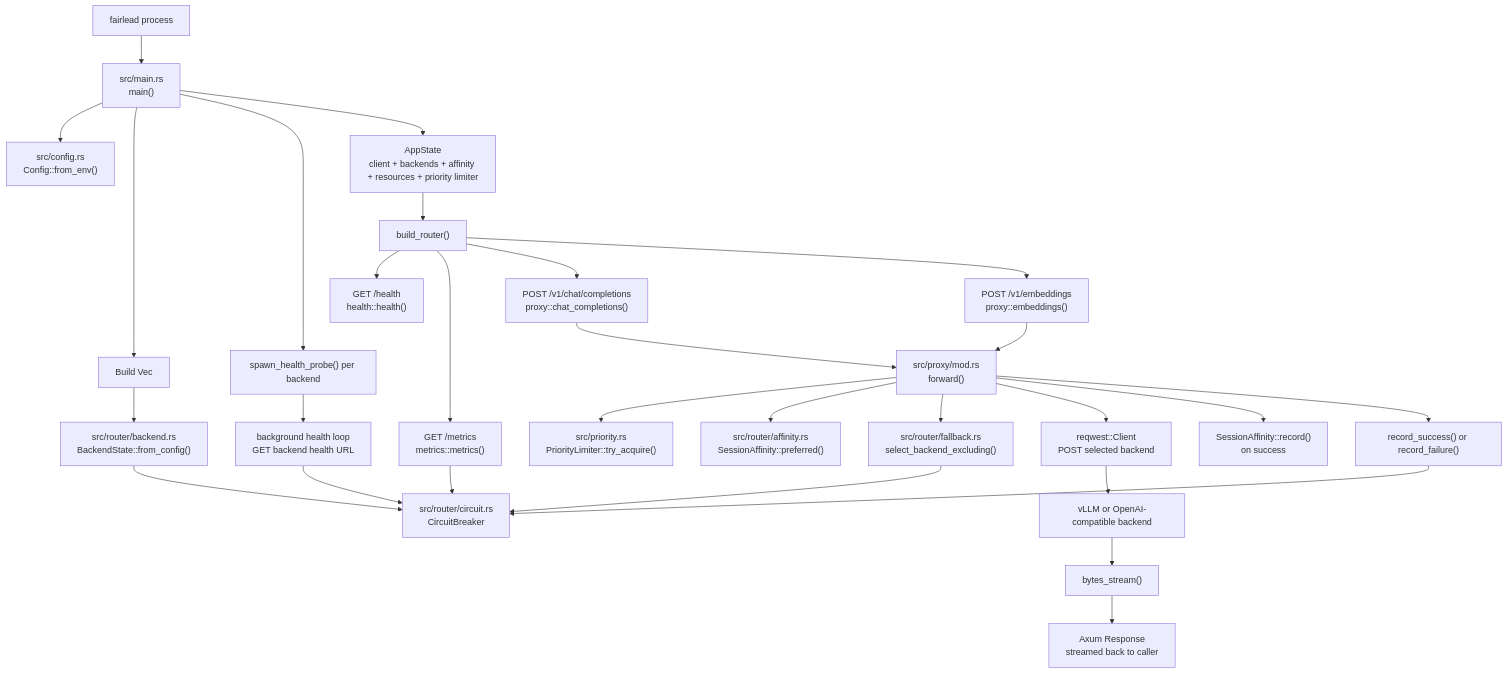
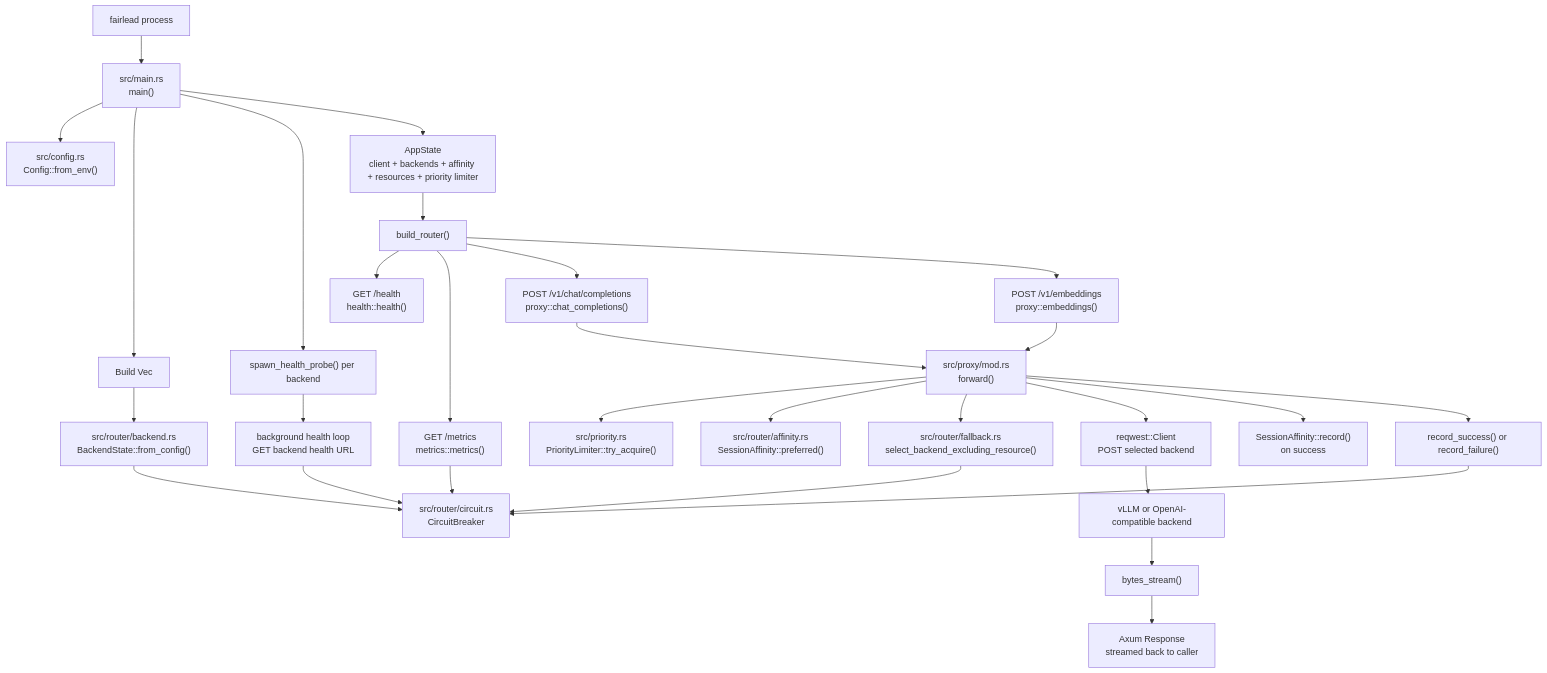
The diagram in docs/code_walkthrough.md (ybordag/fairlead), drawn with Mermaid before and after one commit. The commit also changed other lines of this file and 9 other files, not shown here.

````diff
--- a/docs/code_walkthrough.md
+++ b/docs/code_walkthrough.md
@@ -27,40 +27,40 @@
 ```mermaid
 flowchart TD
     process["fairlead process"] --> main["src/main.rs\nmain()"]
 
     main --> cfg["src/config.rs\nConfig::from_env()"]
     main --> backend_build["Build Vec<BackendState>"]
     backend_build --> backend_state["src/router/backend.rs\nBackendState::from_config()"]
     backend_state --> circuit["src/router/circuit.rs\nCircuitBreaker"]
 
     main --> probes["spawn_health_probe() per backend"]
     probes --> probe_loop["background health loop\nGET backend health URL"]
     probe_loop --> circuit
 
     main --> app_state["AppState\nclient + backends + affinity + resources + priority limiter"]
     app_state --> router_build["build_router()"]
 
     router_build --> health_route["GET /health\nhealth::health()"]
     router_build --> metrics_route["GET /metrics\nmetrics::metrics()"]
     router_build --> chat_route["POST /v1/chat/completions\nproxy::chat_completions()"]
     router_build --> embed_route["POST /v1/embeddings\nproxy::embeddings()"]
 
     chat_route --> forward["src/proxy/mod.rs\nforward()"]
     embed_route --> forward
 
     forward --> priority["src/priority.rs\nPriorityLimiter::try_acquire()"]
     forward --> affinity_read["src/router/affinity.rs\nSessionAffinity::preferred()"]
-    forward --> select["src/router/fallback.rs\nselect_backend_excluding()"]
+    forward --> select["src/router/fallback.rs\nselect_backend_excluding_resource()"]
     select --> circuit
 
     forward --> reqwest["reqwest::Client\nPOST selected backend"]
     reqwest --> upstream["vLLM or OpenAI-compatible backend"]
     upstream --> stream["bytes_stream()"]
     stream --> caller["Axum Response\nstreamed back to caller"]
 
     forward --> affinity_write["SessionAffinity::record()\non success"]
     forward --> circuit_update["record_success() or record_failure()"]
     circuit_update --> circuit
 
     metrics_route --> circuit
 ```
````
